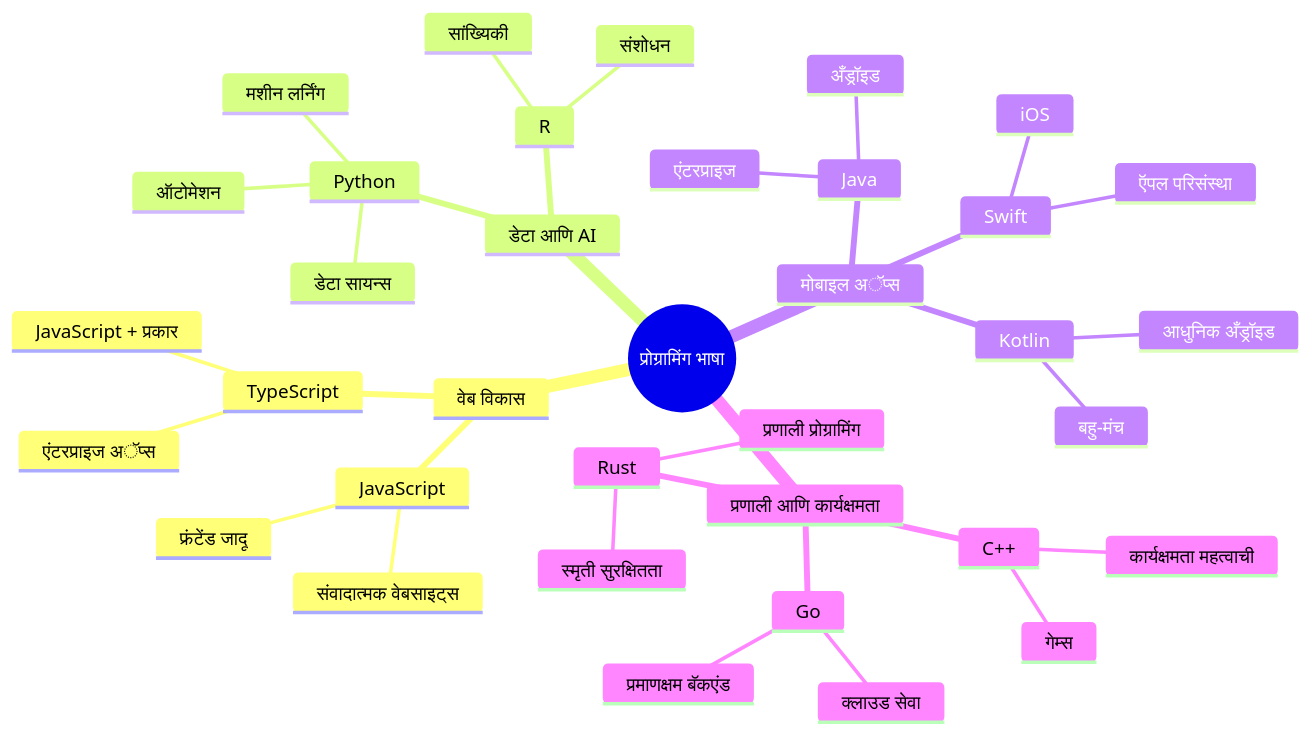
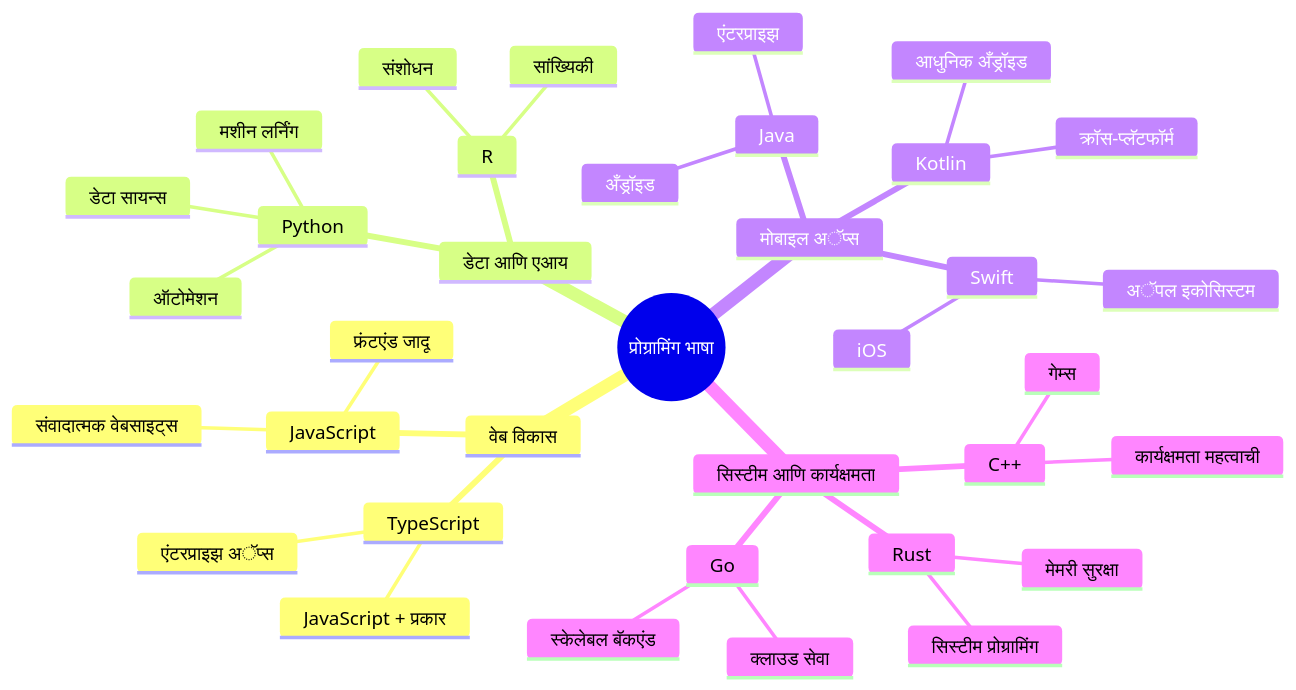
One commit to microsoft/Web-Dev-For-Beginners changed the second of 7 diagrams in translations/mr/1-getting-started-lessons/1-intro-to-programming-languages/README.md. Above: the diagram before and after it, drawn with Mermaid. The commit also changed other lines of this file and 11 other files, not shown here.

````diff
--- a/translations/mr/1-getting-started-lessons/1-intro-to-programming-languages/README.md
+++ b/translations/mr/1-getting-started-lessons/1-intro-to-programming-languages/README.md
@@ -84,39 +85,39 @@
 ```mermaid
 mindmap
   root((प्रोग्रामिंग भाषा))
     वेब विकास
       JavaScript
-        फ्रंटेंड जादू
+        फ्रंटएंड जादू
         संवादात्मक वेबसाइट्स
       TypeScript
         JavaScript + प्रकार
-        एंटरप्राइज अॅप्स
-    डेटा आणि AI
+        एंटरप्राइझ अॅप्स
+    डेटा आणि एआय
       Python
         डेटा सायन्स
         मशीन लर्निंग
         ऑटोमेशन
       R
         सांख्यिकी
         संशोधन
     मोबाइल अॅप्स
       Java
         अँड्रॉइड
-        एंटरप्राइज
+        एंटरप्राइझ
       Swift
         iOS
-        ऍपल परिसंस्था
+        अॅपल इकोसिस्टम
       Kotlin
         आधुनिक अँड्रॉइड
-        बहु-मंच
-    प्रणाली आणि कार्यक्षमता
+        क्रॉस-प्लॅटफॉर्म
+    सिस्टीम आणि कार्यक्षमता
       C++
         गेम्स
         कार्यक्षमता महत्वाची
       Rust
-        स्मृती सुरक्षितता
-        प्रणाली प्रोग्रामिंग
+        मेमरी सुरक्षा
+        सिस्टीम प्रोग्रामिंग
       Go
         क्लाउड सेवा
-        प्रमाणक्षम बॅकएंड
+        स्केलेबल बॅकएंड
 ```
````
